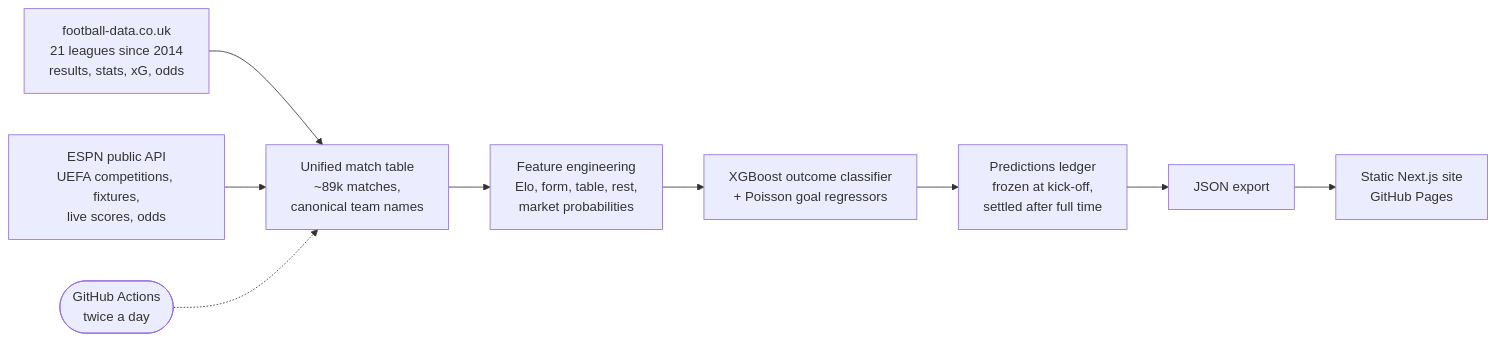
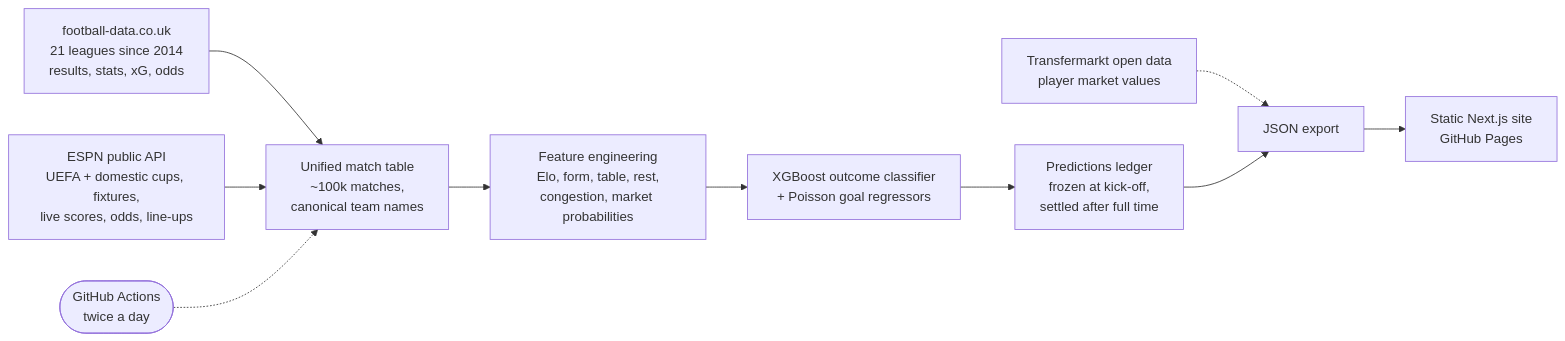
The diagram in README.md (barrosw5/football_match_predicter), drawn with Mermaid before and after one commit. The commit also changed other lines of this file and 41 other files, not shown here.

First line of the commit message:
Add domestic cups, Elo ranking, team and player pages

````diff
--- a/README.md
+++ b/README.md
@@ -39,11 +47,12 @@
 ```mermaid
 flowchart LR
     A["football-data.co.uk<br/>21 leagues since 2014<br/>results, stats, xG, odds"] --> C
-    B["ESPN public API<br/>UEFA competitions, fixtures,<br/>live scores, odds"] --> C
-    C["Unified match table<br/>~89k matches,<br/>canonical team names"] --> D["Feature engineering<br/>Elo, form, table, rest,<br/>market probabilities"]
+    B["ESPN public API<br/>UEFA + domestic cups, fixtures,<br/>live scores, odds, line-ups"] --> C
+    T["Transfermarkt open data<br/>player market values"] -.-> G
+    C["Unified match table<br/>~100k matches,<br/>canonical team names"] --> D["Feature engineering<br/>Elo, form, table, rest,<br/>congestion, market probabilities"]
     D --> E["XGBoost outcome classifier<br/>+ Poisson goal regressors"]
     E --> F["Predictions ledger<br/>frozen at kick-off,<br/>settled after full time"]
     F --> G["JSON export"]
     G --> H["Static Next.js site<br/>GitHub Pages"]
     S(["GitHub Actions<br/>twice a day"]) -.-> C
 ```
````
